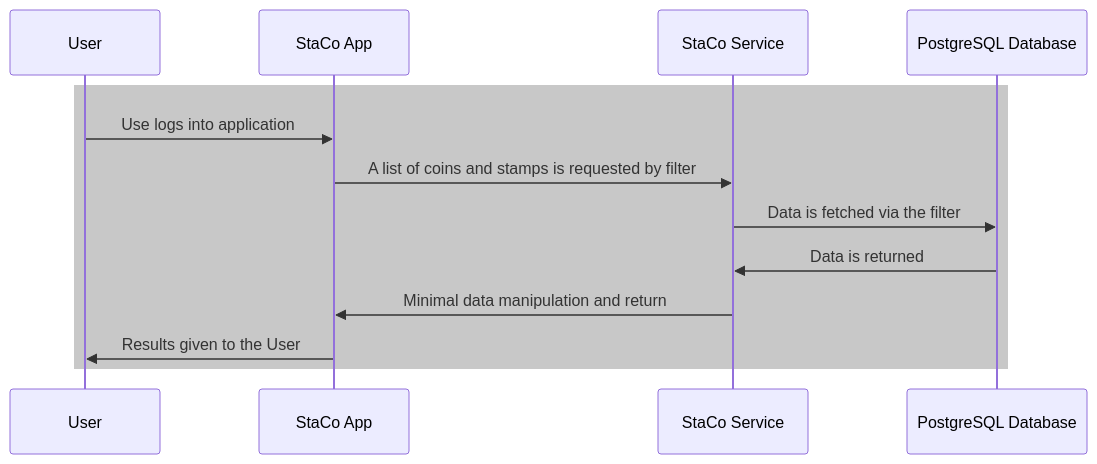
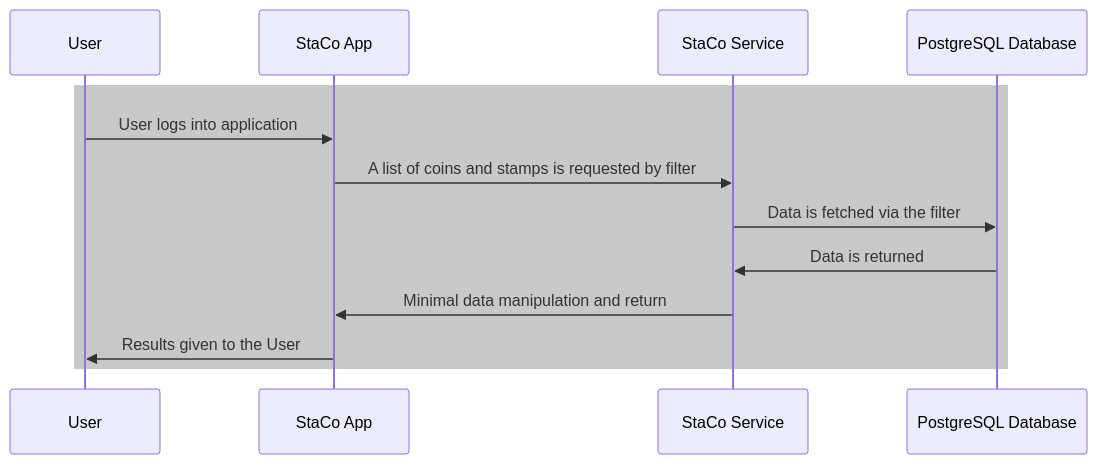
One commit to jesperancinha/staco-app changed the first of 2 diagrams in README.md. Above: the diagram before and after it, drawn with Mermaid. The commit also changed other lines of this file, not shown here.

````diff
--- a/README.md
+++ b/README.md
@@ -90,19 +100,19 @@
 ```mermaid
 
 sequenceDiagram
     participant User
     participant StaCo App
     participant StaCo Service
     participant PostgreSQL Database
     
     rect rgb(200,200,200)
     
-    User->>StaCo App: Use logs into application
+    User->>StaCo App: User logs into application
     StaCo App->>StaCo Service: A list of coins and stamps is requested by filter
     StaCo Service->>PostgreSQL Database: Data is fetched via the filter
     PostgreSQL Database ->>StaCo Service: Data is returned
     StaCo Service->>StaCo App: Minimal data manipulation and return
     StaCo App->>User: Results given to the User
     
     end
 ```
````
